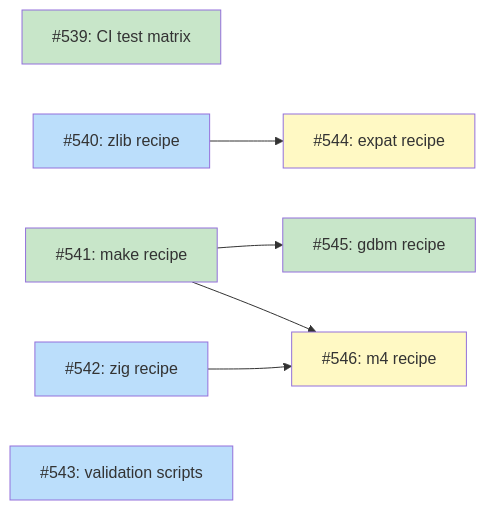
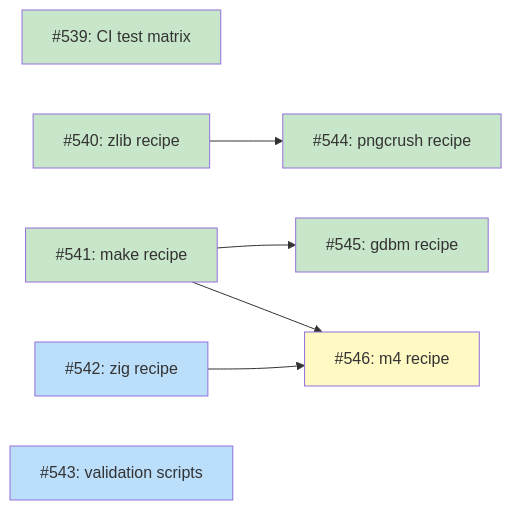
Before and after one commit to tsukumogami/tsuku: the first of 4 diagrams in docs/DESIGN-dependency-provisioning.md, drawn with Mermaid. The commit also changed other lines of this file and 10 other files, not shown here.

````diff
--- a/docs/DESIGN-dependency-provisioning.md
+++ b/docs/DESIGN-dependency-provisioning.md
@@ -24,24 +24,24 @@
 ```mermaid
 graph LR
     I539["#539: CI test matrix"]
     I540["#540: zlib recipe"]
     I541["#541: make recipe"]
     I542["#542: zig recipe"]
     I543["#543: validation scripts"]
-    I544["#544: expat recipe"]
+    I544["#544: pngcrush recipe"]
     I545["#545: gdbm recipe"]
     I546["#546: m4 recipe"]
 
     I540 --> I544
     I541 --> I545
     I541 --> I546
     I542 --> I546
 
     classDef done fill:#c8e6c9
     classDef ready fill:#bbdefb
     classDef blocked fill:#fff9c4
 
-    class I539,I541,I545 done
-    class I540,I542,I543 ready
-    class I544,I546 blocked
+    class I539,I540,I541,I544,I545 done
+    class I542,I543 ready
+    class I546 blocked
 ```
````
